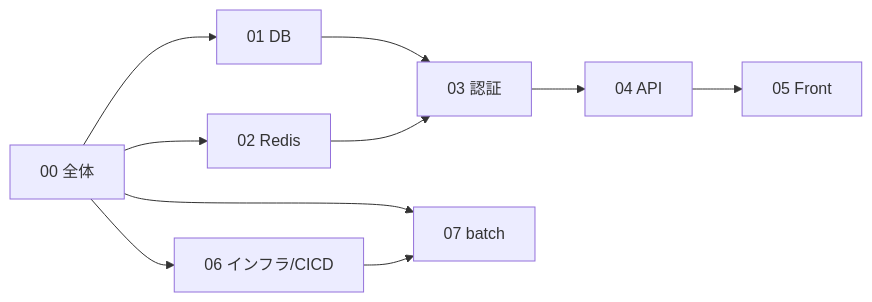
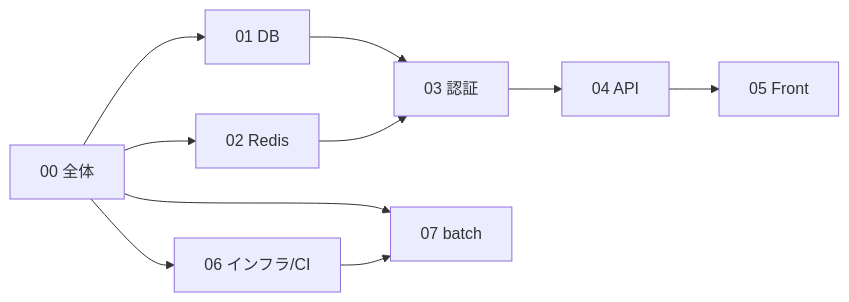
Before and after one commit to oikawa-d/task_management: the diagram in docs/basic_design/README.md, drawn with Mermaid. The commit also changed other lines of this file and 31 other files, not shown here.

````diff
--- a/docs/basic_design/README.md
+++ b/docs/basic_design/README.md
@@ -21,12 +21,12 @@
 ```mermaid
 flowchart LR
     A[00 全体] --> B[01 DB]
     A --> C[02 Redis]
     B --> D[03 認証]
     C --> D
     D --> E[04 API]
     E --> F[05 Front]
-    A --> G[06 インフラ/CICD]
+    A --> G[06 インフラ/CI]
     A --> H[07 batch]
     G --> H
 ```
````
